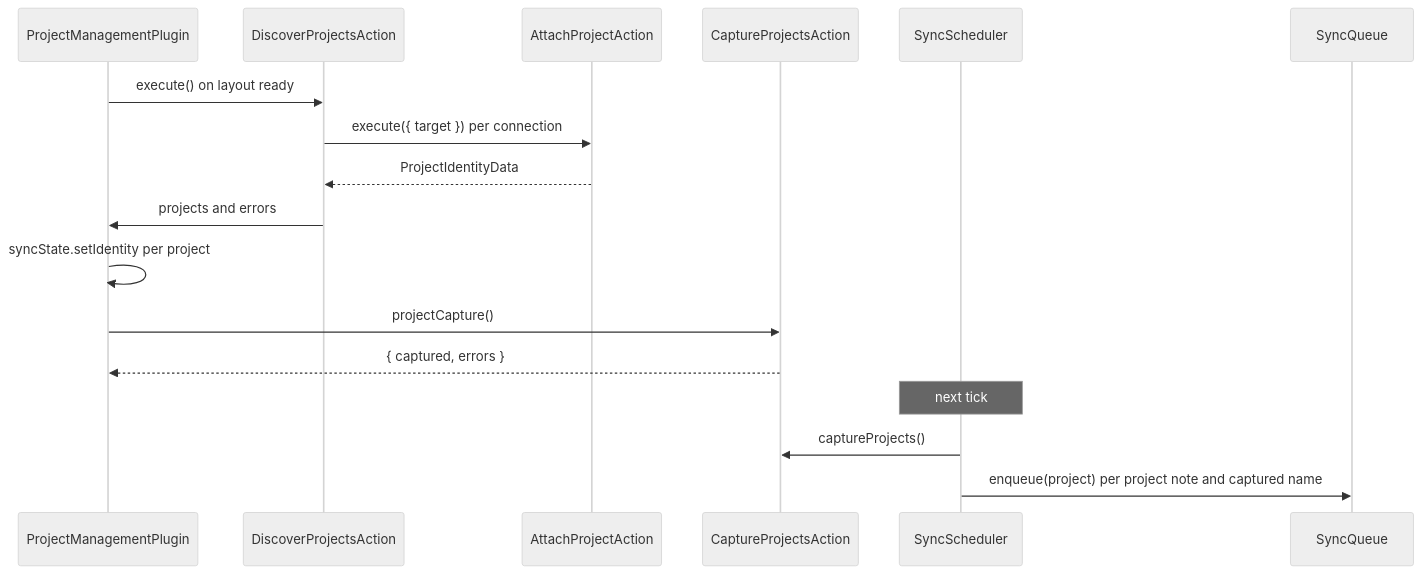
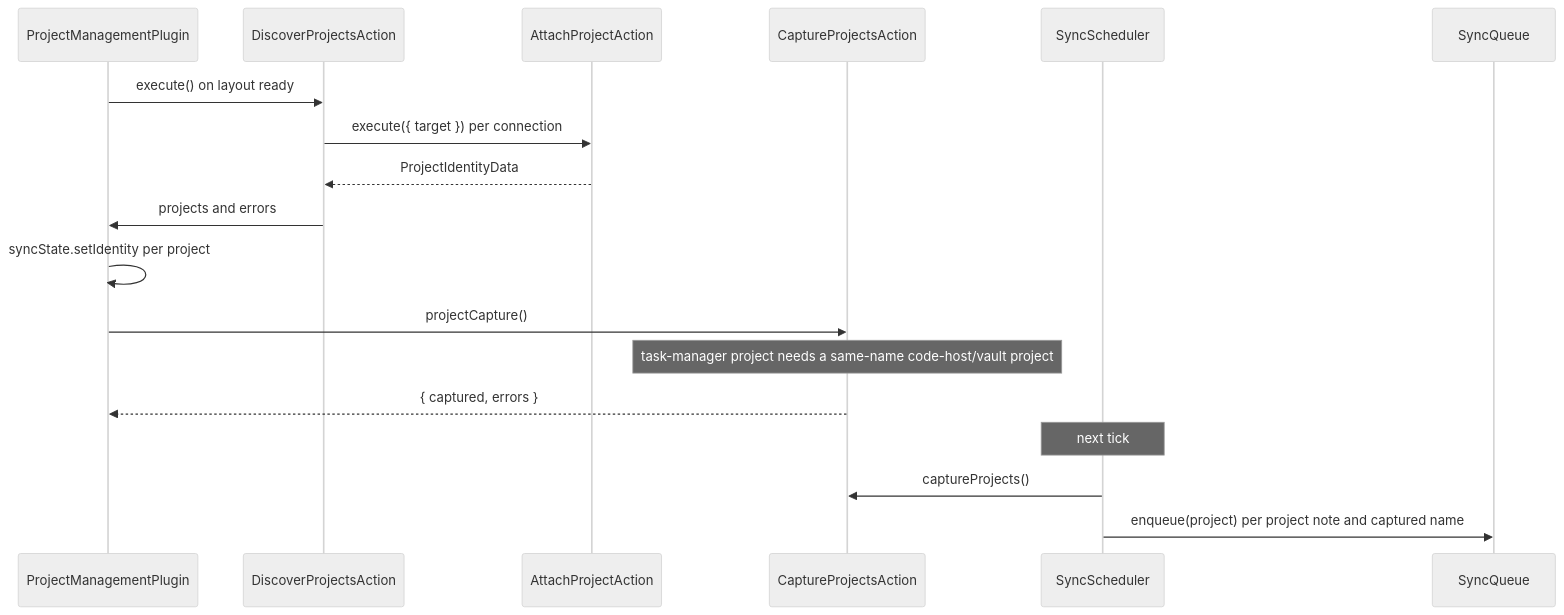
Before and after one commit to 99linesofcode/obsidian-project-management: the first of 17 diagrams in docs/developer-manual.md, drawn with Mermaid (neutral theme). The commit also changed other lines of this file and 1 other file, not shown here.

First line of the commit message:
docs(capture): the project gate and the captured kind

````diff
--- a/docs/developer-manual.md
+++ b/docs/developer-manual.md
@@ -187,20 +189,21 @@
 ```mermaid
 sequenceDiagram
   participant P as ProjectManagementPlugin
   participant D as DiscoverProjectsAction
   participant A as AttachProjectAction
   participant Cap as CaptureProjectsAction
   participant Sched as SyncScheduler
   participant Q as SyncQueue
 
   P->>D: execute() on layout ready
   D->>A: execute({ target }) per connection
   A-->>D: ProjectIdentityData
   D->>P: projects and errors
   P->>P: syncState.setIdentity per project
   P->>Cap: projectCapture()
+  Note over Cap: task-manager project needs a same-name code-host/vault project
   Cap-->>P: { captured, errors }
   Note over Sched: next tick
   Sched->>Cap: captureProjects()
   Sched->>Q: enqueue(project) per project note and captured name
 ```
````
